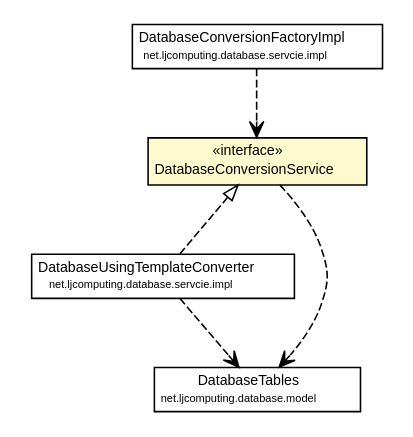
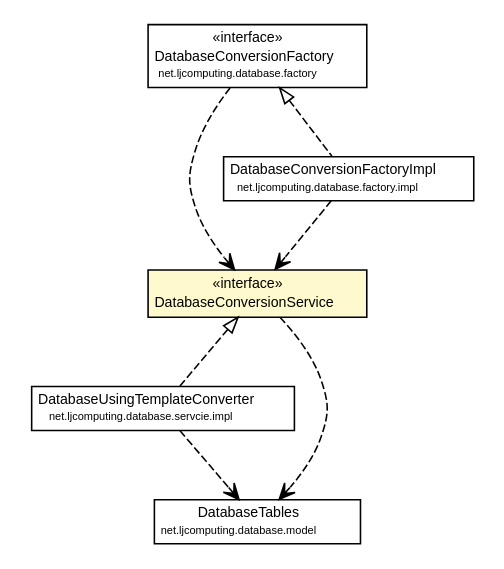
Before and after one commit to willmorejg/net.ljcomputing.database: the diagram in docs/javadoc/apidocs/net/ljcomputing/database/servcie/DatabaseConversionService.dot, drawn with Graphviz. The commit also changed 94 other files, not shown here.

```diff
--- a/docs/javadoc/apidocs/net/ljcomputing/database/servcie/DatabaseConversionService.dot
+++ b/docs/javadoc/apidocs/net/ljcomputing/database/servcie/DatabaseConversionService.dot
@@ -1,48 +1,60 @@
 #!/usr/local/bin/dot
 #
 # Class diagram 
 # Generated by UMLGraph version R5_6 (http://www.umlgraph.org/)
 #
 
 digraph G {
 	edge [fontname="Helvetica",fontsize=10,labelfontname="Helvetica",labelfontsize=10];
 	node [fontname="Helvetica",fontsize=10,shape=plaintext];
 	nodesep=0.25;
 	ranksep=0.5;
+	// net.ljcomputing.database.servcie.impl.DatabaseUsingTemplateConverter
+	c576 [label=<<table title="net.ljcomputing.database.servcie.impl.DatabaseUsingTemplateConverter" border="0" cellborder="1" cellspacing="0" cellpadding="2" port="p" href="./impl/DatabaseUsingTemplateConverter.html">
+		<tr><td><table border="0" cellspacing="0" cellpadding="1">
+<tr><td align="center" balign="center"> DatabaseUsingTemplateConverter </td></tr>
+<tr><td align="center" balign="center"><font point-size="7.0"> net.ljcomputing.database.servcie.impl </font></td></tr>
+		</table></td></tr>
+		</table>>, URL="./impl/DatabaseUsingTemplateConverter.html", fontname="Helvetica", fontcolor="black", fontsize=9.0];
 	// net.ljcomputing.database.servcie.DatabaseConversionService
-	c181 [label=<<table title="net.ljcomputing.database.servcie.DatabaseConversionService" border="0" cellborder="1" cellspacing="0" cellpadding="2" port="p" bgcolor="lemonChiffon" href="./DatabaseConversionService.html">
+	c579 [label=<<table title="net.ljcomputing.database.servcie.DatabaseConversionService" border="0" cellborder="1" cellspacing="0" cellpadding="2" port="p" bgcolor="lemonChiffon" href="./DatabaseConversionService.html">
 		<tr><td><table border="0" cellspacing="0" cellpadding="1">
 <tr><td align="center" balign="center"> &#171;interface&#187; </td></tr>
 <tr><td align="center" balign="center"> DatabaseConversionService </td></tr>
 		</table></td></tr>
 		</table>>, URL="./DatabaseConversionService.html", fontname="Helvetica", fontcolor="black", fontsize=9.0];
-	// net.ljcomputing.database.servcie.impl.DatabaseConversionFactoryImpl
-	c184 [label=<<table title="net.ljcomputing.database.servcie.impl.DatabaseConversionFactoryImpl" border="0" cellborder="1" cellspacing="0" cellpadding="2" port="p" href="./impl/DatabaseConversionFactoryImpl.html">
-		<tr><td><table border="0" cellspacing="0" cellpadding="1">
-<tr><td align="center" balign="center"> DatabaseConversionFactoryImpl </td></tr>
-<tr><td align="center" balign="center"><font point-size="7.0"> net.ljcomputing.database.servcie.impl </font></td></tr>
-		</table></td></tr>
-		</table>>, URL="./impl/DatabaseConversionFactoryImpl.html", fontname="Helvetica", fontcolor="black", fontsize=9.0];
-	// net.ljcomputing.database.servcie.impl.DatabaseUsingTemplateConverter
-	c185 [label=<<table title="net.ljcomputing.database.servcie.impl.DatabaseUsingTemplateConverter" border="0" cellborder="1" cellspacing="0" cellpadding="2" port="p" href="./impl/DatabaseUsingTemplateConverter.html">
-		<tr><td><table border="0" cellspacing="0" cellpadding="1">
-<tr><td align="center" balign="center"> DatabaseUsingTemplateConverter </td></tr>
-<tr><td align="center" balign="center"><font point-size="7.0"> net.ljcomputing.database.servcie.impl </font></td></tr>
-		</table></td></tr>
-		</table>>, URL="./impl/DatabaseUsingTemplateConverter.html", fontname="Helvetica", fontcolor="black", fontsize=9.0];
 	// net.ljcomputing.database.model.DatabaseTables
-	c189 [label=<<table title="net.ljcomputing.database.model.DatabaseTables" border="0" cellborder="1" cellspacing="0" cellpadding="2" port="p" href="../model/DatabaseTables.html">
+	c594 [label=<<table title="net.ljcomputing.database.model.DatabaseTables" border="0" cellborder="1" cellspacing="0" cellpadding="2" port="p" href="../model/DatabaseTables.html">
 		<tr><td><table border="0" cellspacing="0" cellpadding="1">
 <tr><td align="center" balign="center"> DatabaseTables </td></tr>
 <tr><td align="center" balign="center"><font point-size="7.0"> net.ljcomputing.database.model </font></td></tr>
 		</table></td></tr>
 		</table>>, URL="../model/DatabaseTables.html", fontname="Helvetica", fontcolor="black", fontsize=9.0];
+	// net.ljcomputing.database.factory.DatabaseConversionFactory
+	c598 [label=<<table title="net.ljcomputing.database.factory.DatabaseConversionFactory" border="0" cellborder="1" cellspacing="0" cellpadding="2" port="p" href="../factory/DatabaseConversionFactory.html">
+		<tr><td><table border="0" cellspacing="0" cellpadding="1">
+<tr><td align="center" balign="center"> &#171;interface&#187; </td></tr>
+<tr><td align="center" balign="center"> DatabaseConversionFactory </td></tr>
+<tr><td align="center" balign="center"><font point-size="7.0"> net.ljcomputing.database.factory </font></td></tr>
+		</table></td></tr>
+		</table>>, URL="../factory/DatabaseConversionFactory.html", fontname="Helvetica", fontcolor="black", fontsize=9.0];
+	// net.ljcomputing.database.factory.impl.DatabaseConversionFactoryImpl
+	c599 [label=<<table title="net.ljcomputing.database.factory.impl.DatabaseConversionFactoryImpl" border="0" cellborder="1" cellspacing="0" cellpadding="2" port="p" href="../factory/impl/DatabaseConversionFactoryImpl.html">
+		<tr><td><table border="0" cellspacing="0" cellpadding="1">
+<tr><td align="center" balign="center"> DatabaseConversionFactoryImpl </td></tr>
+<tr><td align="center" balign="center"><font point-size="7.0"> net.ljcomputing.database.factory.impl </font></td></tr>
+		</table></td></tr>
+		</table>>, URL="../factory/impl/DatabaseConversionFactoryImpl.html", fontname="Helvetica", fontcolor="black", fontsize=9.0];
 	//net.ljcomputing.database.servcie.impl.DatabaseUsingTemplateConverter implements net.ljcomputing.database.servcie.DatabaseConversionService
-	c181:p -> c185:p [dir=back,arrowtail=empty,style=dashed];
+	c579:p -> c576:p [dir=back,arrowtail=empty,style=dashed];
+	//net.ljcomputing.database.factory.impl.DatabaseConversionFactoryImpl implements net.ljcomputing.database.factory.DatabaseConversionFactory
+	c598:p -> c599:p [dir=back,arrowtail=empty,style=dashed];
+	// net.ljcomputing.database.servcie.impl.DatabaseUsingTemplateConverter DEPEND net.ljcomputing.database.model.DatabaseTables
+	c576:p -> c594:p [taillabel="", label="", headlabel="", fontname="Helvetica", fontcolor="black", fontsize=10.0, color="black", arrowhead=open, style=dashed];
 	// net.ljcomputing.database.servcie.DatabaseConversionService DEPEND net.ljcomputing.database.model.DatabaseTables
-	c181:p -> c189:p [taillabel="", label="", headlabel="", fontname="Helvetica", fontcolor="black", fontsize=10.0, color="black", arrowhead=open, style=dashed];
-	// net.ljcomputing.database.servcie.impl.DatabaseConversionFactoryImpl DEPEND net.ljcomputing.database.servcie.DatabaseConversionService
-	c184:p -> c181:p [taillabel="", label="", headlabel="", fontname="Helvetica", fontcolor="black", fontsize=10.0, color="black", arrowhead=open, style=dashed];
-	// net.ljcomputing.database.servcie.impl.DatabaseUsingTemplateConverter DEPEND net.ljcomputing.database.model.DatabaseTables
-	c185:p -> c189:p [taillabel="", label="", headlabel="", fontname="Helvetica", fontcolor="black", fontsize=10.0, color="black", arrowhead=open, style=dashed];
+	c579:p -> c594:p [taillabel="", label="", headlabel="", fontname="Helvetica", fontcolor="black", fontsize=10.0, color="black", arrowhead=open, style=dashed];
+	// net.ljcomputing.database.factory.DatabaseConversionFactory DEPEND net.ljcomputing.database.servcie.DatabaseConversionService
+	c598:p -> c579:p [taillabel="", label="", headlabel="", fontname="Helvetica", fontcolor="black", fontsize=10.0, color="black", arrowhead=open, style=dashed];
+	// net.ljcomputing.database.factory.impl.DatabaseConversionFactoryImpl DEPEND net.ljcomputing.database.servcie.DatabaseConversionService
+	c599:p -> c579:p [taillabel="", label="", headlabel="", fontname="Helvetica", fontcolor="black", fontsize=10.0, color="black", arrowhead=open, style=dashed];
 }
```
